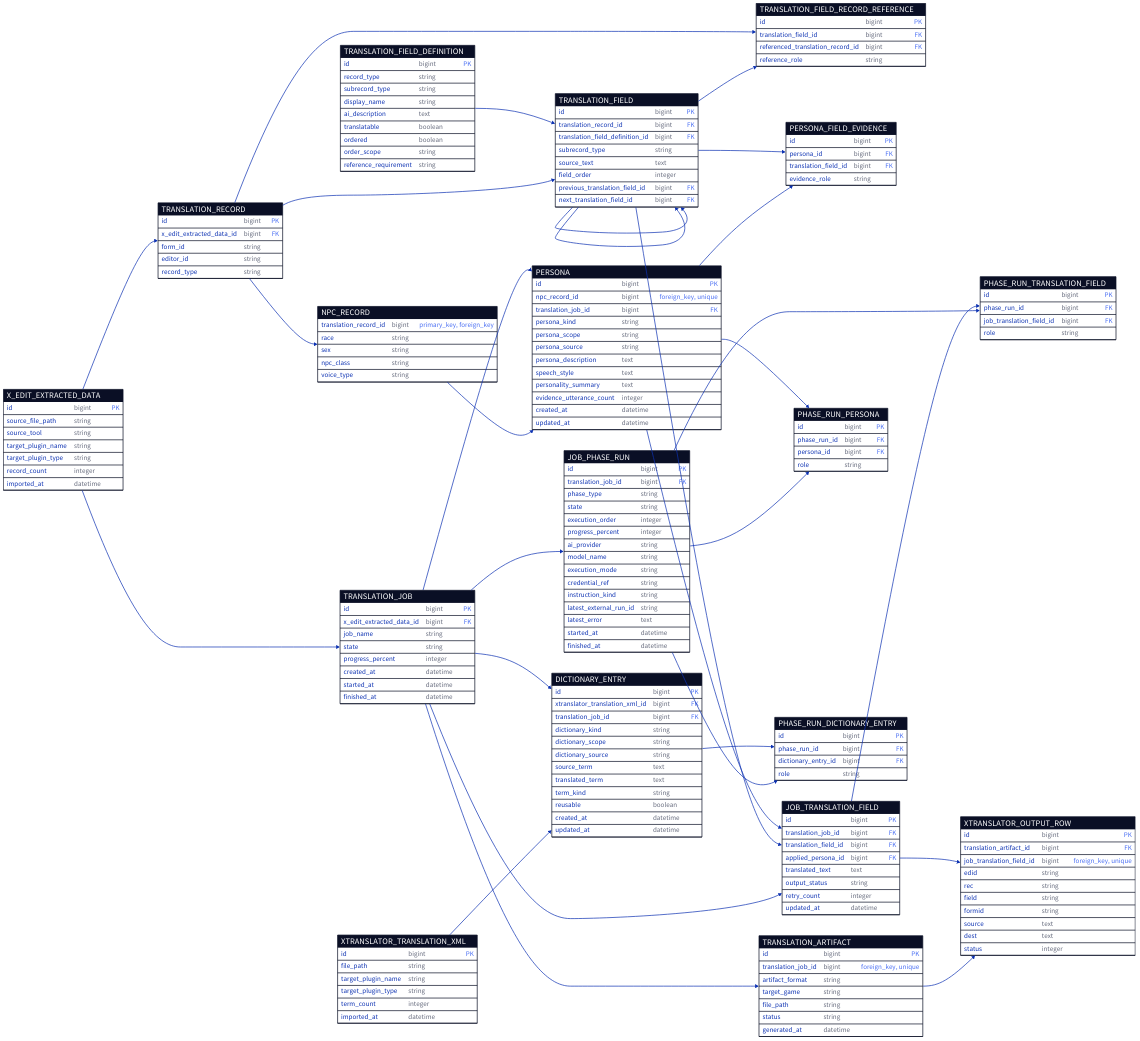
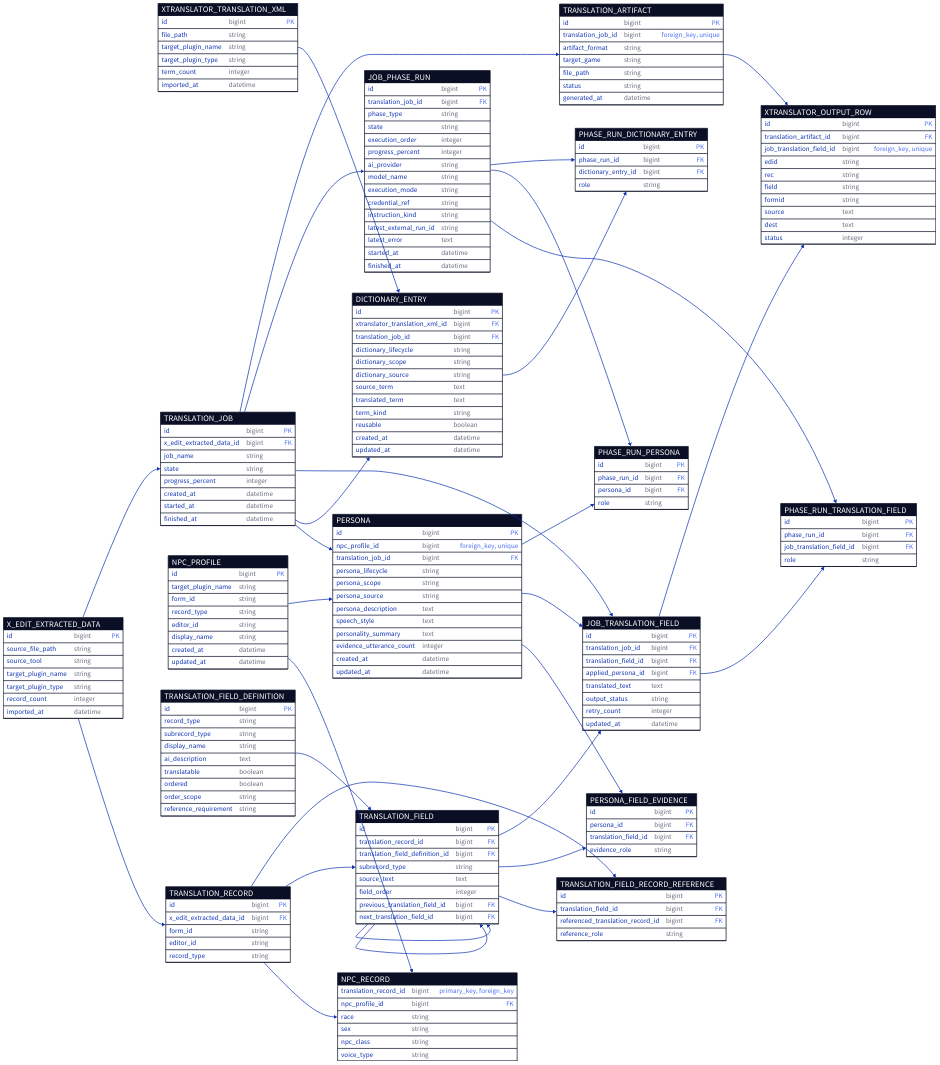
Before and after one commit to ishibata91/AITranslationEngineJP: the diagram in docs/diagrams/er/combined-data-model-er.d2, drawn with D2. The commit also changed 18 other files, not shown here.

```diff
--- a/docs/diagrams/er/combined-data-model-er.d2
+++ b/docs/diagrams/er/combined-data-model-er.d2
@@ -33,9 +33,23 @@
   record_type: string
 }
 
+# Unique candidate: target_plugin_name + form_id + record_type
+NPC_PROFILE: {
+  shape: sql_table
+  id: bigint {constraint: primary_key}
+  target_plugin_name: string
+  form_id: string
+  record_type: string
+  editor_id: string
+  display_name: string
+  created_at: datetime
+  updated_at: datetime
+}
+
 NPC_RECORD: {
   shape: sql_table
   translation_record_id: bigint {constraint: [primary_key, foreign_key]}
+  npc_profile_id: bigint {constraint: foreign_key}
   race: string
   sex: string
   npc_class: string
@@ -75,12 +89,13 @@
   reference_role: string
 }
 
+# translation_job_id is set only for job_local lifecycle rows.
 PERSONA: {
   shape: sql_table
   id: bigint {constraint: primary_key}
-  npc_record_id: bigint {constraint: [foreign_key, unique]}
+  npc_profile_id: bigint {constraint: [foreign_key, unique]}
   translation_job_id: bigint {constraint: foreign_key}
-  persona_kind: string
+  persona_lifecycle: string
   persona_scope: string
   persona_source: string
   persona_description: text
@@ -99,12 +114,14 @@
   evidence_role: string
 }
 
+# translation_job_id is set only for job_local lifecycle rows.
+# xtranslator_translation_xml_id is import provenance, not ownership.
 DICTIONARY_ENTRY: {
   shape: sql_table
   id: bigint {constraint: primary_key}
   xtranslator_translation_xml_id: bigint {constraint: foreign_key}
   translation_job_id: bigint {constraint: foreign_key}
-  dictionary_kind: string
+  dictionary_lifecycle: string
   dictionary_scope: string
   dictionary_source: string
   source_term: text
@@ -210,6 +227,7 @@
 # Input data and extracted records
 X_EDIT_EXTRACTED_DATA.id -> TRANSLATION_RECORD.x_edit_extracted_data_id
 TRANSLATION_RECORD.id -> NPC_RECORD.translation_record_id
+NPC_PROFILE.id -> NPC_RECORD.npc_profile_id
 TRANSLATION_RECORD.id -> TRANSLATION_FIELD.translation_record_id
 TRANSLATION_FIELD_DEFINITION.id -> TRANSLATION_FIELD.translation_field_definition_id
 TRANSLATION_FIELD.id -> TRANSLATION_FIELD.previous_translation_field_id
@@ -217,8 +235,8 @@
 TRANSLATION_FIELD.id -> TRANSLATION_FIELD_RECORD_REFERENCE.translation_field_id
 TRANSLATION_RECORD.id -> TRANSLATION_FIELD_RECORD_REFERENCE.referenced_translation_record_id
 
-# Persona and dictionary masters / job-local generated data
-NPC_RECORD.translation_record_id -> PERSONA.npc_record_id
+# Persona and dictionary shared / job-local generated data
+NPC_PROFILE.id -> PERSONA.npc_profile_id
 PERSONA.id -> PERSONA_FIELD_EVIDENCE.persona_id
 TRANSLATION_FIELD.id -> PERSONA_FIELD_EVIDENCE.translation_field_id
 XTRANSLATOR_TRANSLATION_XML.id -> DICTIONARY_ENTRY.xtranslator_translation_xml_id
```
